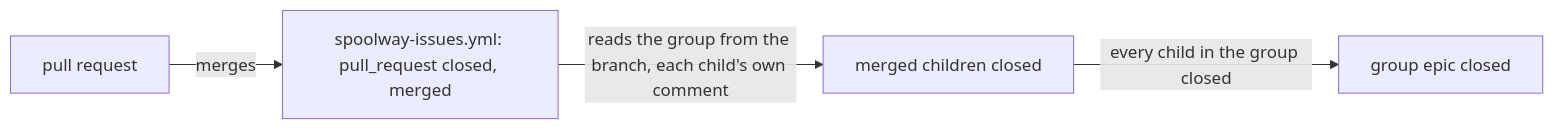
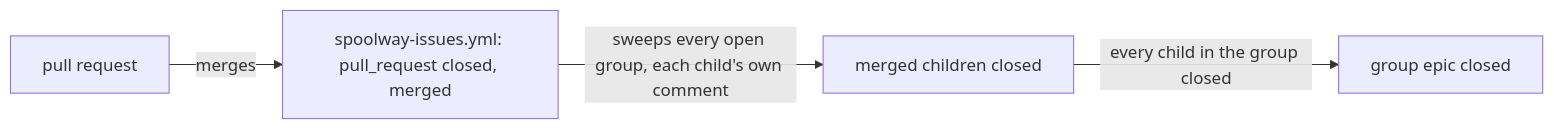
One commit to marvingygas/spoolway changed the second of 2 diagrams in docs/configuration.md. Above: the diagram before and after it, drawn with Mermaid. The commit also changed other lines of this file and 1 other file, not shown here.

Commit message:
ci(issues): sweep every open group on each merged pull request

````diff
--- a/docs/configuration.md
+++ b/docs/configuration.md
@@ -733,6 +733,6 @@
 ```mermaid
 flowchart LR
   PR[pull request] -->|merges| Workflow[spoolway-issues.yml: pull_request closed, merged]
-  Workflow -->|reads the group from the branch, each child's own comment| Closed[merged children closed]
+  Workflow -->|sweeps every open group, each child's own comment| Closed[merged children closed]
   Closed -->|every child in the group closed| Epic[group epic closed]
 ```
````
